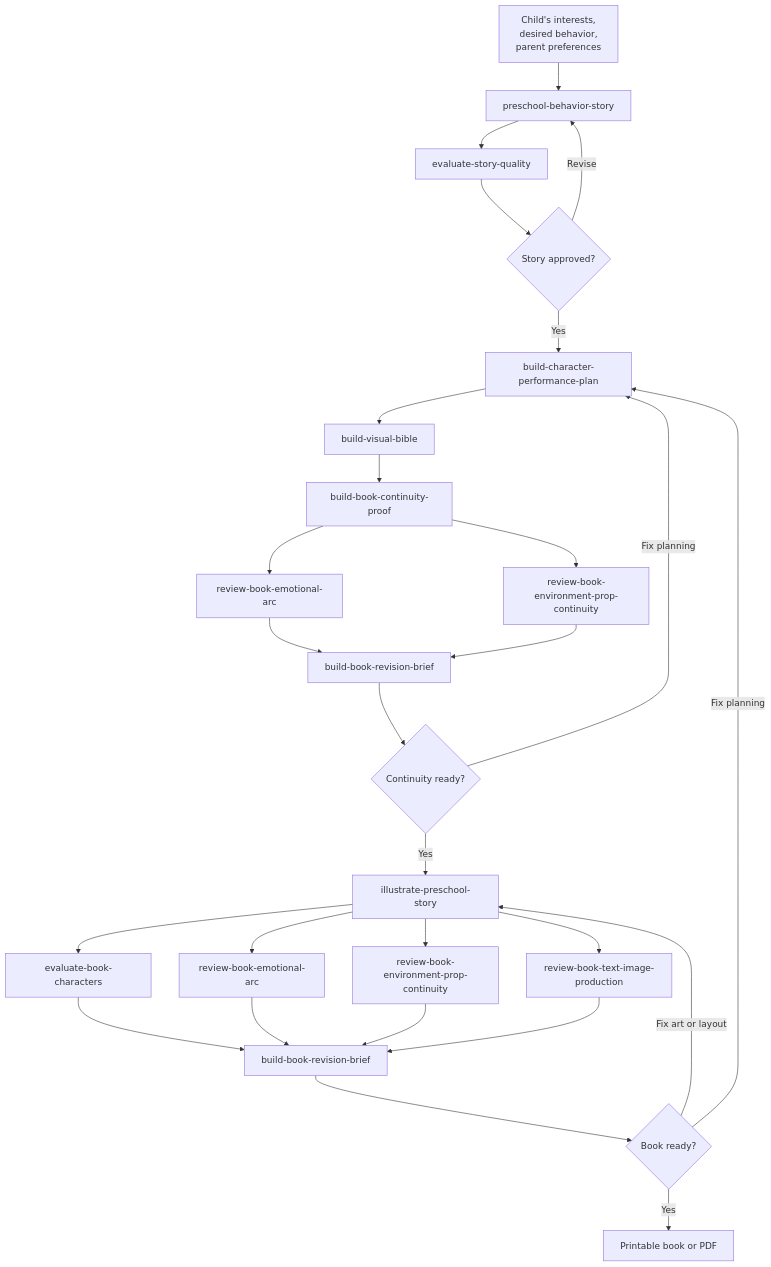
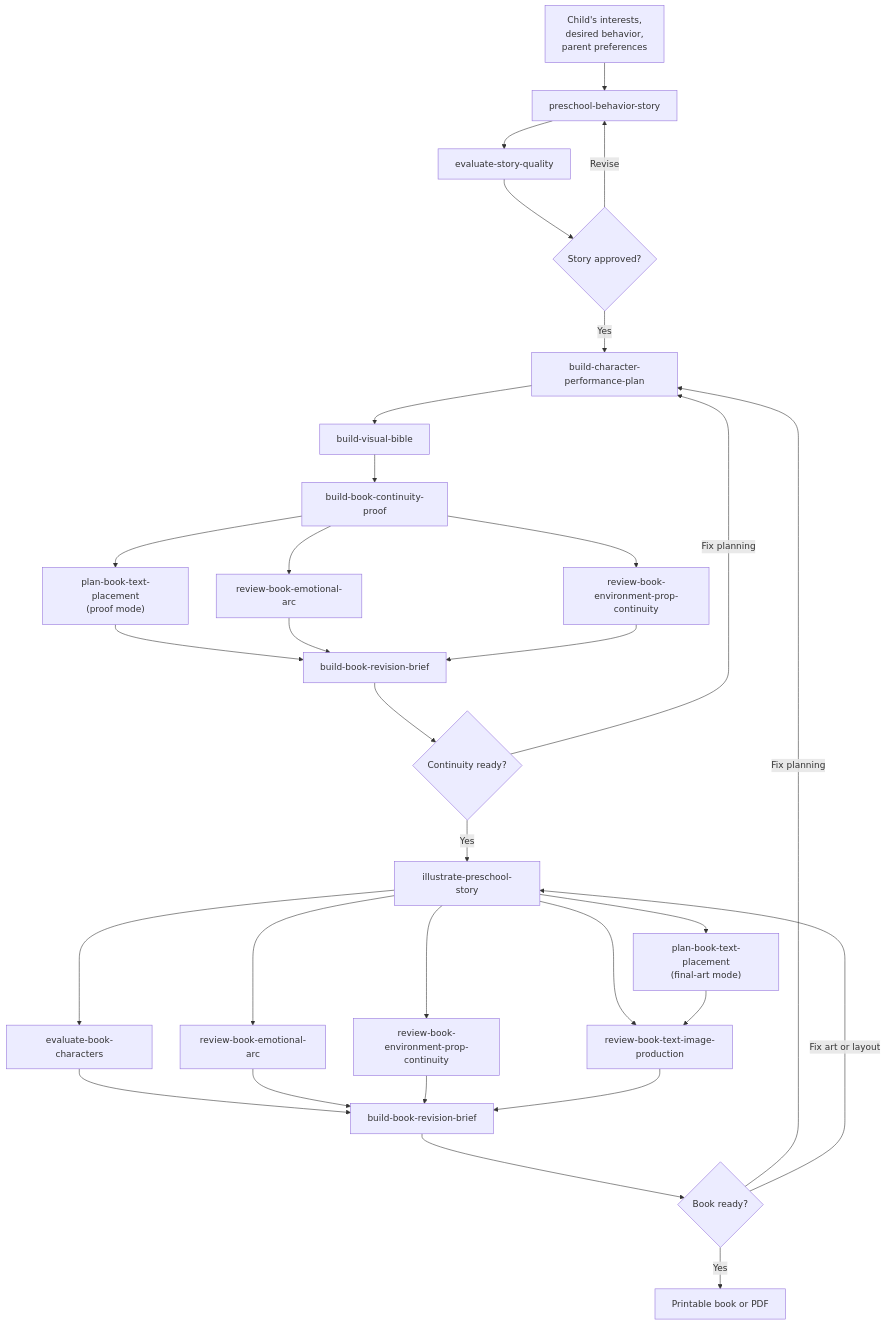
The diagram in .agents/skills/README.md (bhadrip/kids-book-gen), drawn with Mermaid before and after one commit. The commit also changed 15 other files, not shown here.

Commit message:
feat: add page-specific text placement workflow (#43)

````diff
--- a/.agents/skills/README.md
+++ b/.agents/skills/README.md
@@ -7,35 +7,39 @@
 ```mermaid
 flowchart TB
     Idea["Child's interests,<br/>desired behavior,<br/>parent preferences"]
 
     Idea --> Story["preschool-behavior-story"]
     Story --> StoryReview["evaluate-story-quality"]
     StoryReview --> StoryGate{"Story approved?"}
     StoryGate -->|Revise| Story
     StoryGate -->|Yes| Performance["build-character-performance-plan"]
 
     Performance --> Bible["build-visual-bible"]
     Bible --> Proof["build-book-continuity-proof"]
 
+    Proof --> Placement["plan-book-text-placement<br/>(proof mode)"]
     Proof --> ProofEmotion["review-book-emotional-arc"]
     Proof --> ProofProps["review-book-environment-prop-continuity"]
+    Placement --> ProofBrief["build-book-revision-brief"]
     ProofEmotion --> ProofBrief["build-book-revision-brief"]
     ProofProps --> ProofBrief
     ProofBrief --> ContinuityGate{"Continuity ready?"}
     ContinuityGate -->|Fix planning| Performance
     ContinuityGate -->|Yes| Illustrate["illustrate-preschool-story"]
 
+    Illustrate --> FinalPlacement["plan-book-text-placement<br/>(final-art mode)"]
     Illustrate --> CharacterReview["evaluate-book-characters"]
     Illustrate --> FinalEmotion["review-book-emotional-arc"]
     Illustrate --> FinalProps["review-book-environment-prop-continuity"]
     Illustrate --> ProductionReview["review-book-text-image-production"]
 
     CharacterReview --> FinalBrief["build-book-revision-brief"]
     FinalEmotion --> FinalBrief
     FinalProps --> FinalBrief
+    FinalPlacement --> ProductionReview
     ProductionReview --> FinalBrief
     FinalBrief --> FinalGate{"Book ready?"}
     FinalGate -->|Fix planning| Performance
     FinalGate -->|Fix art or layout| Illustrate
     FinalGate -->|Yes| Book["Printable book or PDF"]
 ```
````
